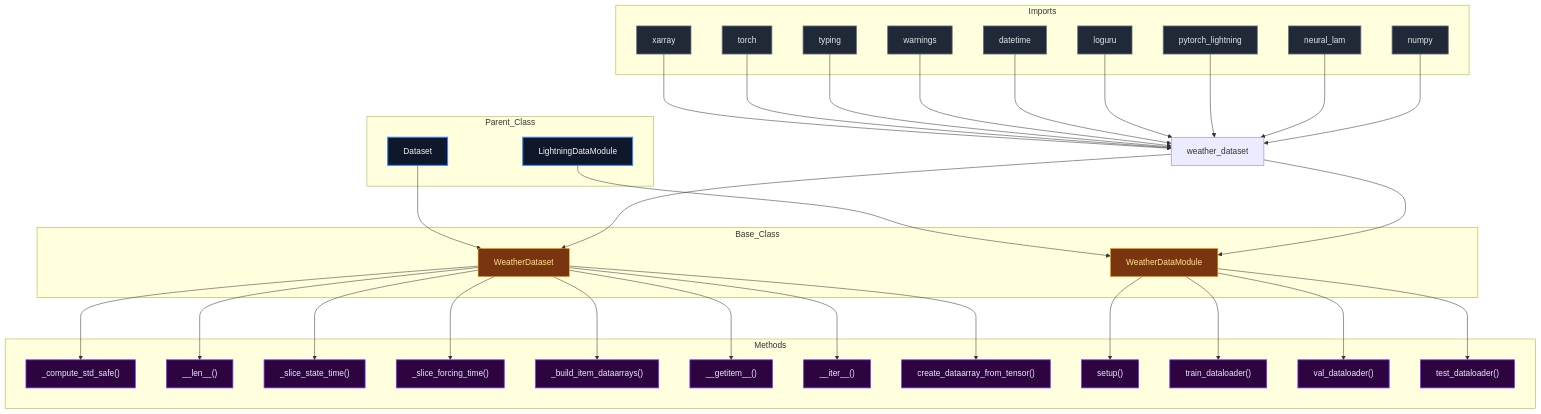
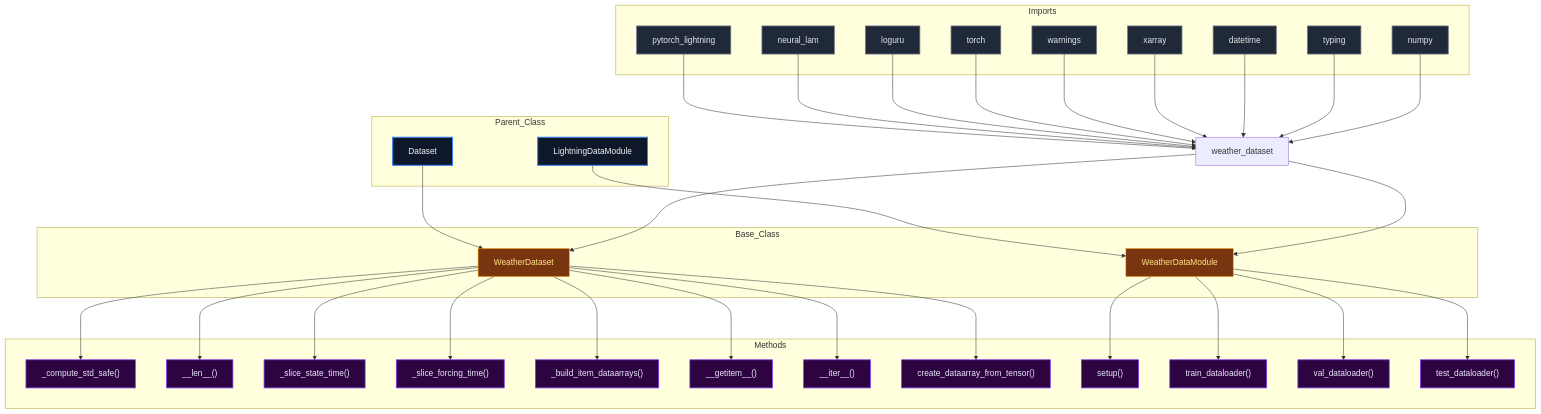
One commit to mllam/neural-lam changed the diagram in docs/diagrams/weather_dataset_diagram.md. Above: the diagram before and after it, drawn with Mermaid. The commit also changed 18 other files, not shown here.

Commit message:
Auto-update Mermaid diagrams

````diff
--- a/docs/diagrams/weather_dataset_diagram.md
+++ b/docs/diagrams/weather_dataset_diagram.md
@@ -1,82 +1,82 @@
 ```mermaid
 %%{init: {'flowchart': {'nodeSpacing': 60, 'rankSpacing': 80}}}%%
 flowchart TD
 
 module["weather_dataset"]
 
 subgraph Parent_Class
     LightningDataModule["LightningDataModule"]
     Dataset["Dataset"]
 end
 
 subgraph Base_Class
     WeatherDataset["WeatherDataset"]
     WeatherDataModule["WeatherDataModule"]
 end
 
     Dataset --> WeatherDataset
     LightningDataModule --> WeatherDataModule
 
 subgraph Imports
-    xarray["xarray"]
-    torch["torch"]
-    typing["typing"]
-    warnings["warnings"]
-    datetime["datetime"]
-    loguru["loguru"]
     pytorch_lightning["pytorch_lightning"]
     neural_lam["neural_lam"]
+    loguru["loguru"]
+    torch["torch"]
+    warnings["warnings"]
+    xarray["xarray"]
+    datetime["datetime"]
+    typing["typing"]
     numpy["numpy"]
 end
 
-    xarray --> module
-    torch --> module
-    typing --> module
-    warnings --> module
-    datetime --> module
-    loguru --> module
     pytorch_lightning --> module
     neural_lam --> module
+    loguru --> module
+    torch --> module
+    warnings --> module
+    xarray --> module
+    datetime --> module
+    typing --> module
     numpy --> module
     module --> WeatherDataset
     module --> WeatherDataModule
 
 subgraph Methods
     WeatherDataset__compute_std_safe["_compute_std_safe()"]
     WeatherDataset___len__["__len__()"]
     WeatherDataset__slice_state_time["_slice_state_time()"]
     WeatherDataset__slice_forcing_time["_slice_forcing_time()"]
     WeatherDataset__build_item_dataarrays["_build_item_dataarrays()"]
     WeatherDataset___getitem__["__getitem__()"]
     WeatherDataset___iter__["__iter__()"]
     WeatherDataset_create_dataarray_from_tensor["create_dataarray_from_tensor()"]
     WeatherDataModule_setup["setup()"]
     WeatherDataModule_train_dataloader["train_dataloader()"]
     WeatherDataModule_val_dataloader["val_dataloader()"]
     WeatherDataModule_test_dataloader["test_dataloader()"]
 end
 
     WeatherDataset --> WeatherDataset__compute_std_safe
     WeatherDataset --> WeatherDataset___len__
     WeatherDataset --> WeatherDataset__slice_state_time
     WeatherDataset --> WeatherDataset__slice_forcing_time
     WeatherDataset --> WeatherDataset__build_item_dataarrays
     WeatherDataset --> WeatherDataset___getitem__
     WeatherDataset --> WeatherDataset___iter__
     WeatherDataset --> WeatherDataset_create_dataarray_from_tensor
     WeatherDataModule --> WeatherDataModule_setup
     WeatherDataModule --> WeatherDataModule_train_dataloader
     WeatherDataModule --> WeatherDataModule_val_dataloader
     WeatherDataModule --> WeatherDataModule_test_dataloader
 
 classDef parent fill:#0f172a,stroke:#3b82f6,stroke-width:2px,color:#f1f5f9,font-size:16px
 classDef base fill:#78350f,stroke:#f59e0b,stroke-width:1px,color:#fde68a,font-size:16px
 classDef import fill:#1f2937,stroke:#6b7280,stroke-width:1.5px,color:#e5e7eb,font-size:16px
 classDef method fill:#2d043f,stroke:#7c3aed,stroke-width:1.5px,color:#ede9fe,font-size:16px
 classDef callNode fill:#064e3b,stroke:#10b981,stroke-width:1.5px,color:#d1fae5,font-size:16px
 class LightningDataModule,Dataset parent
 class WeatherDataset,WeatherDataModule base
-class xarray,torch,typing,warnings,datetime,loguru,pytorch_lightning,neural_lam,numpy import
+class pytorch_lightning,neural_lam,loguru,torch,warnings,xarray,datetime,typing,numpy import
 class WeatherDataset__compute_std_safe,WeatherDataset___len__,WeatherDataset__slice_state_time,WeatherDataset__slice_forcing_time,WeatherDataset__build_item_dataarrays,WeatherDataset___getitem__,WeatherDataset___iter__,WeatherDataset_create_dataarray_from_tensor,WeatherDataModule_setup,WeatherDataModule_train_dataloader,WeatherDataModule_val_dataloader,WeatherDataModule_test_dataloader method
 
 ```
````
